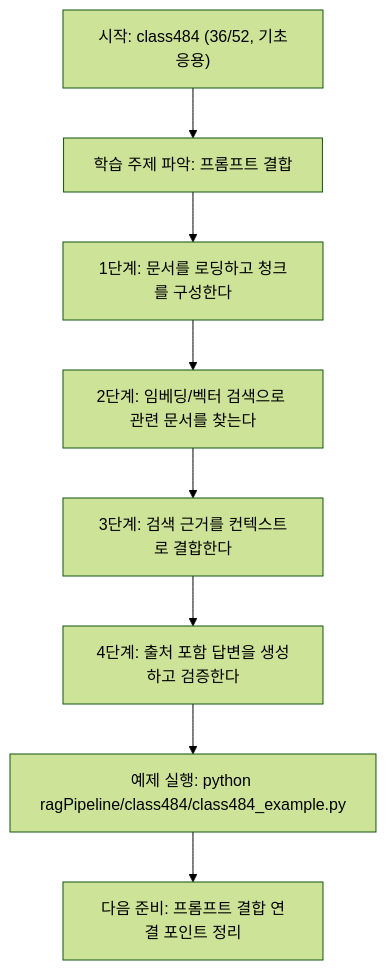
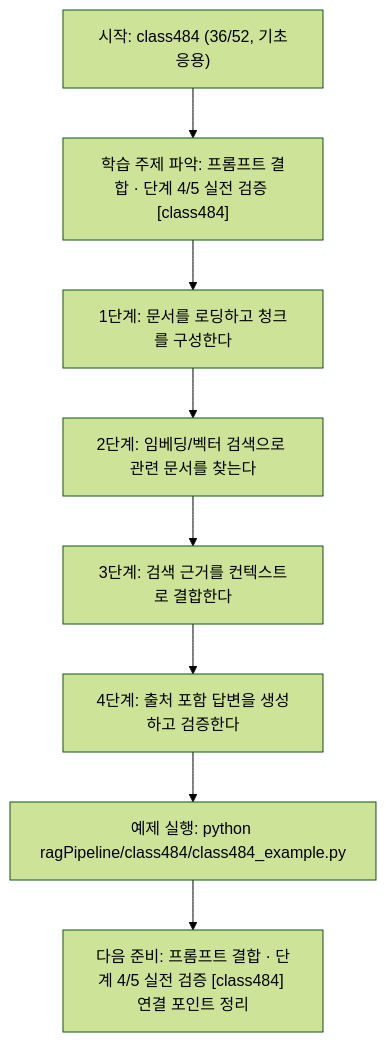
Before and after one commit to edumgt/Python-AI_Agent-Class: the diagram in ragPipeline/class484/class484.md, drawn with Mermaid (forest theme). The commit also changed other lines of this file and 522 other files, not shown here.

````diff
--- a/ragPipeline/class484/class484.md
+++ b/ragPipeline/class484/class484.md
@@ -109,18 +110,18 @@
 ```mermaid
 flowchart TD
 N1["시작: class484 (36/52, 기초응용)"]
-N2["학습 주제 파악: 프롬프트 결합"]
+N2["학습 주제 파악: 프롬프트 결합 · 단계 4/5 실전 검증 [class484]"]
 N3["1단계: 문서를 로딩하고 청크를 구성한다"]
 N4["2단계: 임베딩/벡터 검색으로 관련 문서를 찾는다"]
 N5["3단계: 검색 근거를 컨텍스트로 결합한다"]
 N6["4단계: 출처 포함 답변을 생성하고 검증한다"]
 N7["예제 실행: python ragPipeline/class484/class484_example.py"]
-N8["다음 준비: 프롬프트 결합 연결 포인트 정리"]
+N8["다음 준비: 프롬프트 결합 · 단계 4/5 실전 검증 [class484] 연결 포인트 정리"]
 N1 --> N2
 N2 --> N3
 N3 --> N4
 N4 --> N5
 N5 --> N6
 N6 --> N7
 N7 --> N8
 ```
````
